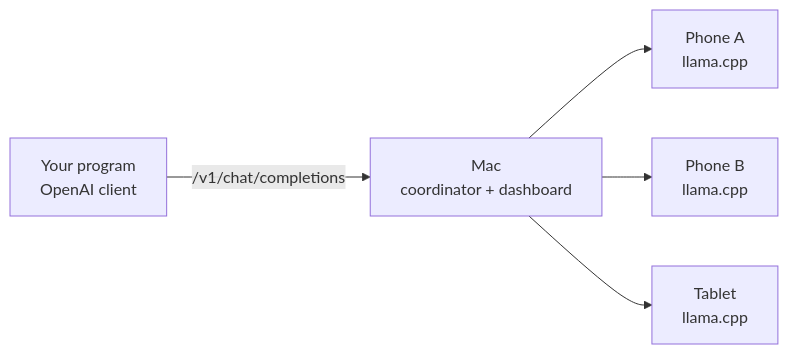
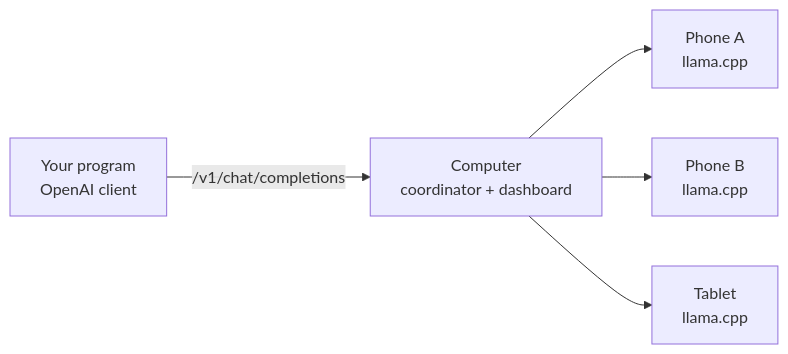
Before and after one commit to Curbeloi/Phone-Cluster: the diagram in README.en.md, drawn with Mermaid. The commit also changed other lines of this file and 1 other file, not shown here.

Commit message:
README: el coordinador corre en cualquier PC; qué partes son solo de Mac

````diff
--- a/README.en.md
+++ b/README.en.md
@@ -18,7 +18,7 @@
 ```mermaid
 flowchart LR
-    C[Your program<br/>OpenAI client] -->|/v1/chat/completions| M[Mac<br/>coordinator + dashboard]
+    C[Your program<br/>OpenAI client] -->|/v1/chat/completions| M[Computer<br/>coordinator + dashboard]
     M --> A[Phone A<br/>llama.cpp]
     M --> B[Phone B<br/>llama.cpp]
     M --> T[Tablet<br/>llama.cpp]
 ```
````
